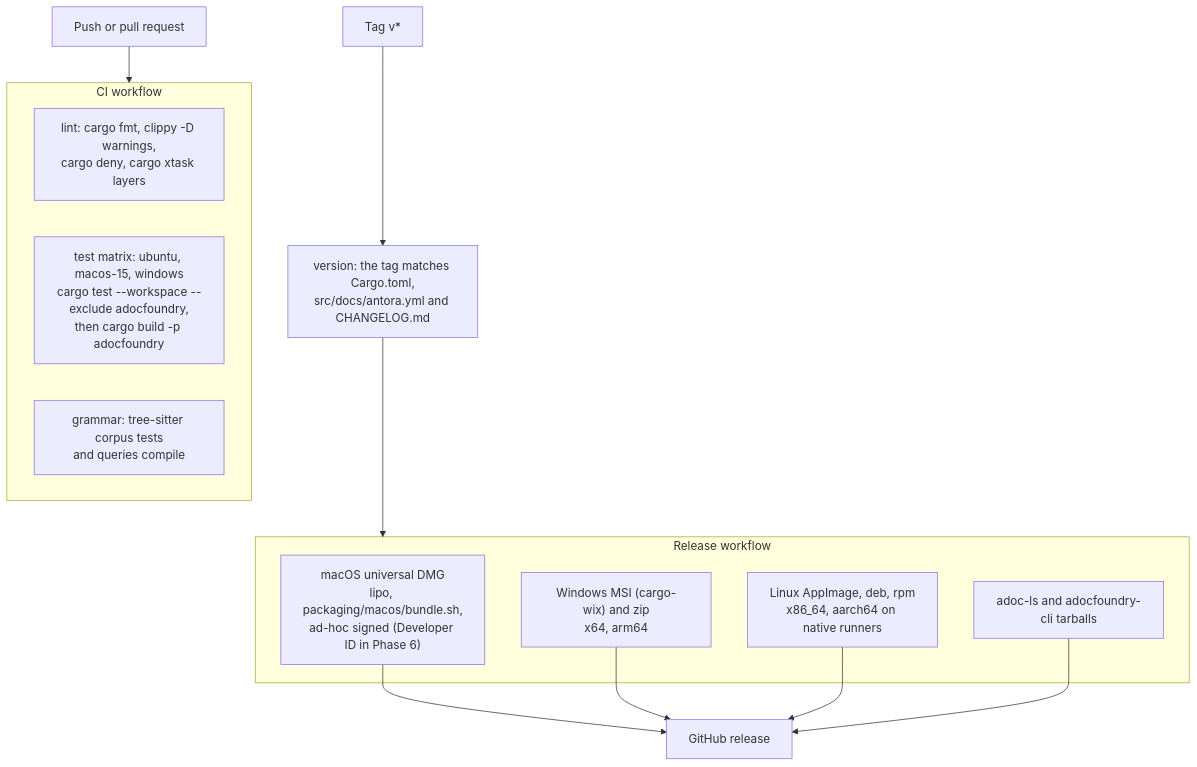
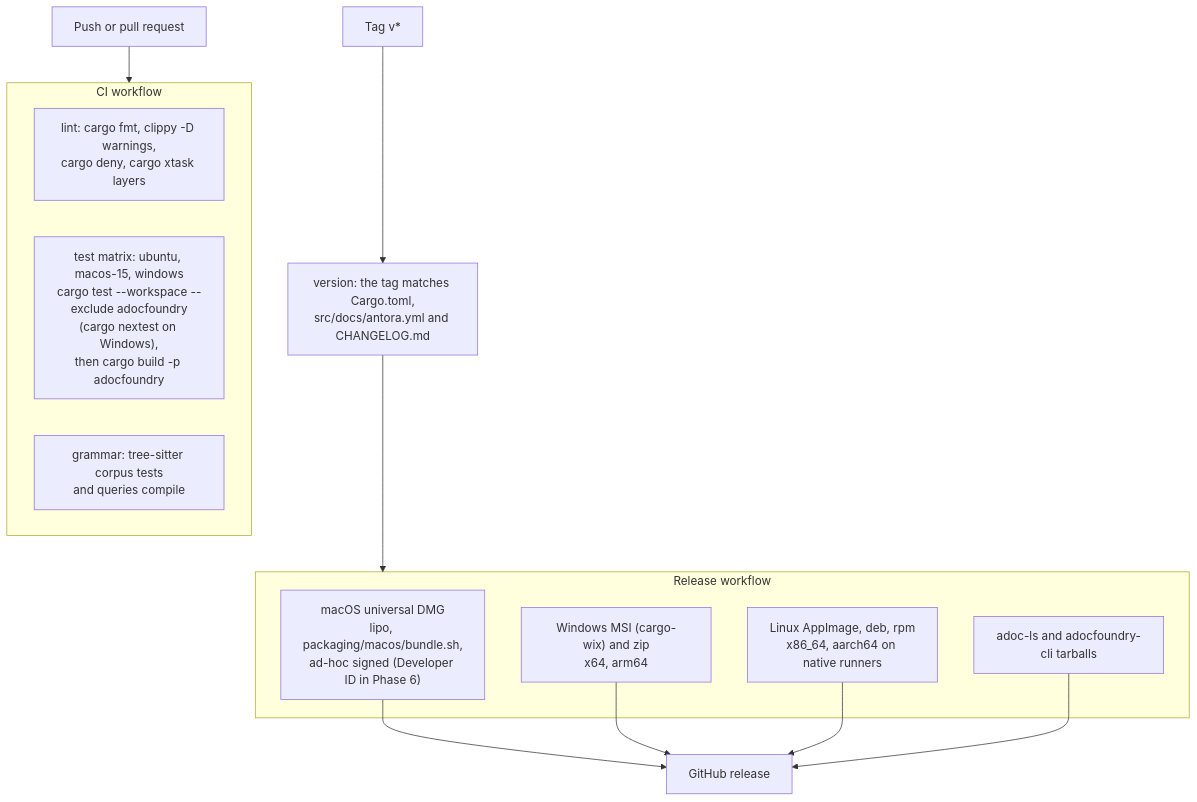
The diagram in src/docs/modules/developer/examples/release-pipeline.mmd (bovinemagnet/AdocFoundry), drawn with Mermaid before and after one commit. The commit also changed 6 other files, not shown here.

Commit message:
Stop a hung Windows test after ten minutes and name it

```diff
--- a/src/docs/modules/developer/examples/release-pipeline.mmd
+++ b/src/docs/modules/developer/examples/release-pipeline.mmd
@@ -1,19 +1,19 @@
 flowchart TD
     push["Push or pull request"] --> ci
     subgraph ci["CI workflow"]
         lint["lint: cargo fmt, clippy -D warnings,<br/>cargo deny, cargo xtask layers"]
-        test["test matrix: ubuntu, macos-15, windows<br/>cargo test --workspace --exclude adocfoundry,<br/>then cargo build -p adocfoundry"]
+        test["test matrix: ubuntu, macos-15, windows<br/>cargo test --workspace --exclude adocfoundry<br/>(cargo nextest on Windows),<br/>then cargo build -p adocfoundry"]
         grammar["grammar: tree-sitter corpus tests<br/>and queries compile"]
     end
     tag["Tag v*"] --> version["version: the tag matches Cargo.toml,<br/>src/docs/antora.yml and CHANGELOG.md"]
     version --> rel
     subgraph rel["Release workflow"]
         mac["macOS universal DMG<br/>lipo, packaging/macos/bundle.sh,<br/>ad-hoc signed (Developer ID in Phase 6)"]
         win["Windows MSI (cargo-wix) and zip<br/>x64, arm64"]
         lin["Linux AppImage, deb, rpm<br/>x86_64, aarch64 on native runners"]
         tools["adoc-ls and adocfoundry-cli tarballs"]
     end
     mac --> gh["GitHub release"]
     win --> gh
     lin --> gh
     tools --> gh
```
